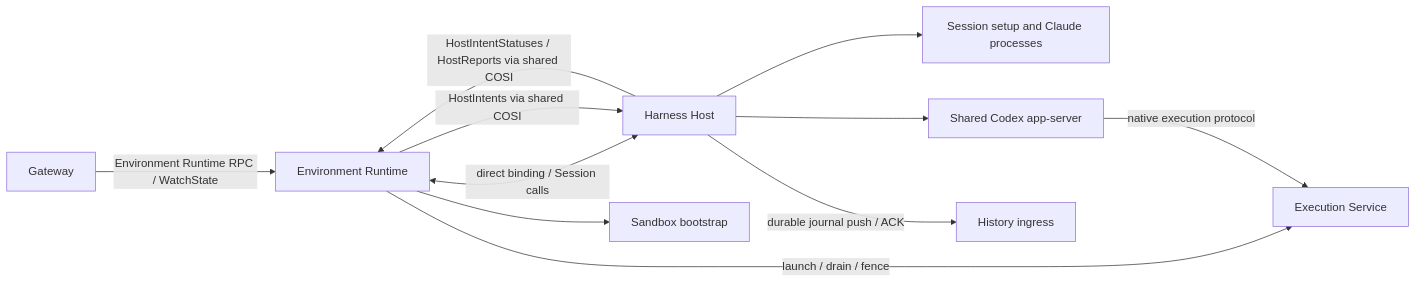
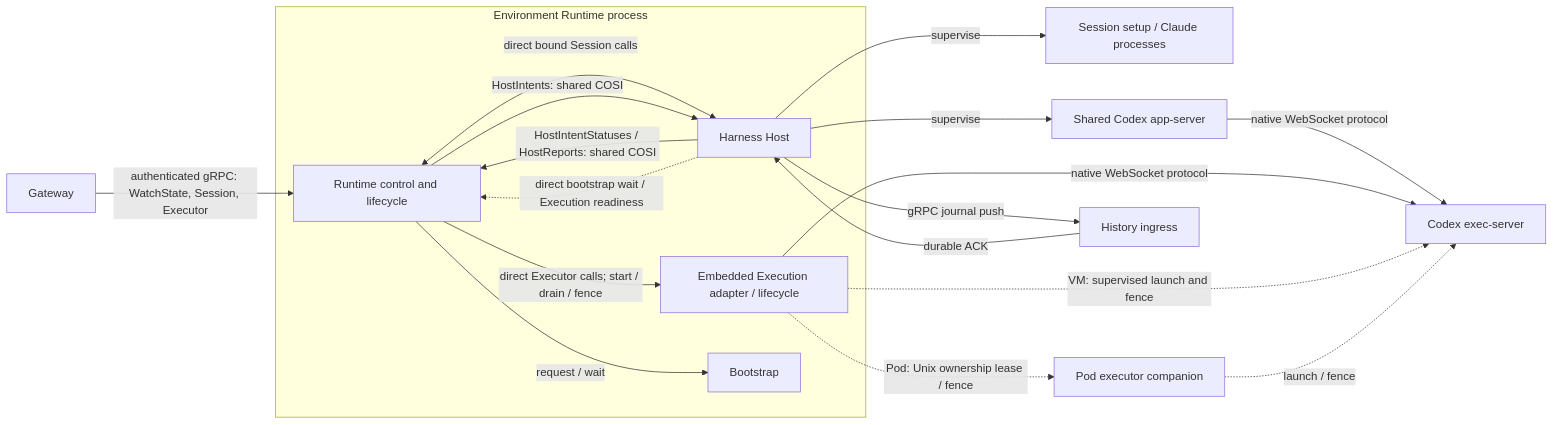
Before and after one commit to agentydragon/ducktape: the first of 2 diagrams in agentplane/env/runtime/docs/lifecycle.md, drawn with Mermaid. The commit also changed other lines of this file and 2 other files, not shown here.

Commit message:
Document Runtime lifecycle communications and COSI boundaries

````diff
--- a/agentplane/env/runtime/docs/lifecycle.md
+++ b/agentplane/env/runtime/docs/lifecycle.md
@@ -13,13 +13,25 @@
 ```mermaid
 flowchart LR
-  G[Gateway] -->|Environment Runtime RPC / WatchState| R[Environment Runtime]
-  R <-->|direct binding / Session calls| H[Harness Host]
-  R -->|HostIntents via shared COSI| H
-  H -->|HostIntentStatuses / HostReports via shared COSI| R
-  R -->|launch / drain / fence| E[Execution Service]
-  R --> B[Sandbox bootstrap]
-  H --> S[Session setup and Claude processes]
-  H --> C[Shared Codex app-server]
-  C -->|native execution protocol| E
-  H -->|durable journal push / ACK| I[History ingress]
+  G["Gateway"] -->|"authenticated gRPC: WatchState, Session, Executor"| R
+  subgraph RuntimeProcess["Environment Runtime process"]
+    R["Runtime control and lifecycle"]
+    H["Harness Host"]
+    E["Embedded Execution adapter / lifecycle"]
+    B["Bootstrap"]
+    R <-->|"direct bound Session calls"| H
+    R -->|"HostIntents: shared COSI"| H
+    H -->|"HostIntentStatuses / HostReports: shared COSI"| R
+    R -->|"direct Executor calls; start / drain / fence"| E
+    R -->|"request / wait"| B
+    H -.->|"direct bootstrap wait / Execution readiness"| R
+  end
+  H -->|"supervise"| S["Session setup / Claude processes"]
+  H -->|"supervise"| C["Shared Codex app-server"]
+  C -->|"native WebSocket protocol"| X["Codex exec-server"]
+  E -->|"native WebSocket protocol"| X
+  E -.->|"VM: supervised launch and fence"| X
+  E -.->|"Pod: Unix ownership lease / fence"| P["Pod executor companion"]
+  P -.->|"launch / fence"| X
+  H -->|"gRPC journal push"| I["History ingress"]
+  I -->|"durable ACK"| H
 ```
````
